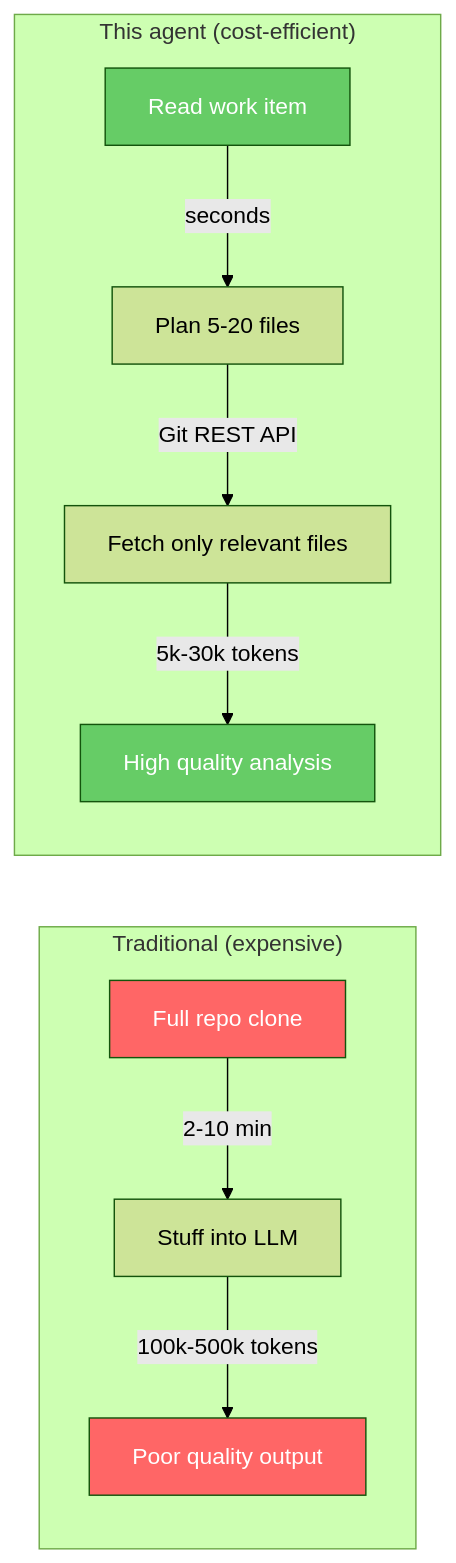
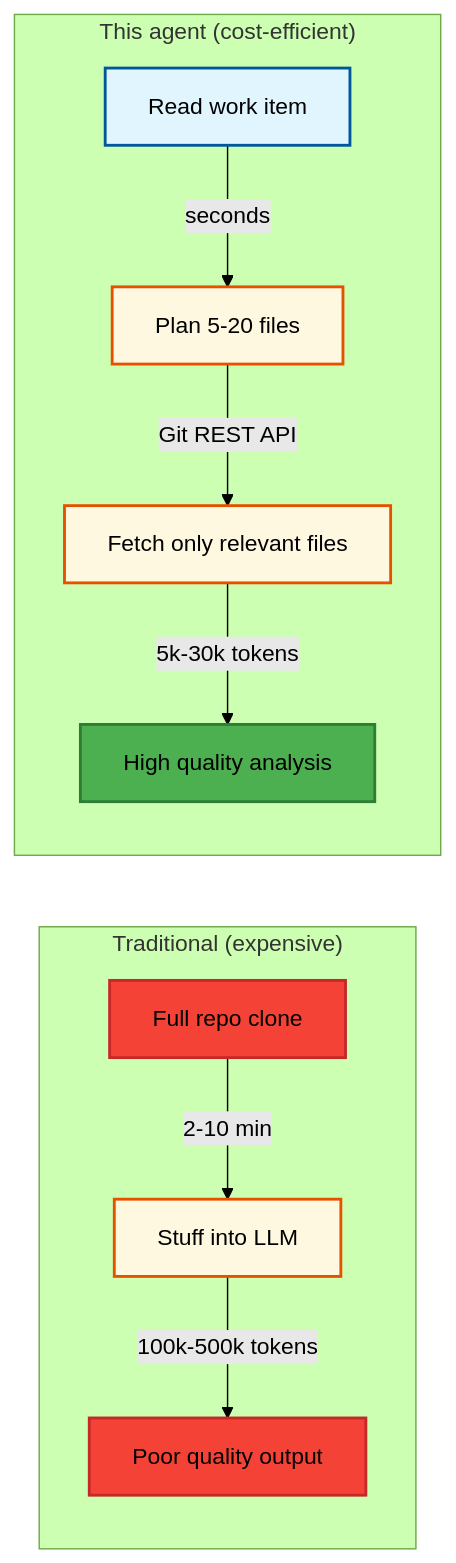
Before and after one commit to victorvos/devops_agent: the first of 9 diagrams in README.md, drawn with Mermaid (forest theme). The commit also changed other lines of this file and 8 other files, not shown here.

First line of the commit message:
Apply team coding standards: Mermaid palette, test structure, workflow guidelines

````diff
--- a/README.md
+++ b/README.md
@@ -13,18 +24,22 @@
 ```mermaid
 graph LR
     subgraph "Traditional (expensive)"
         A[Full repo clone] -->|2-10 min| B[Stuff into LLM]
         B -->|100k-500k tokens| C[Poor quality output]
     end
 
     subgraph "This agent (cost-efficient)"
         D["Read work item"] -->|seconds| E["Plan 5-20 files"]
         E -->|Git REST API| F["Fetch only relevant files"]
         F -->|5k-30k tokens| G[High quality analysis]
     end
 
-    style A fill:#f66,color:#fff
-    style C fill:#f66,color:#fff
-    style D fill:#6c6,color:#fff
-    style G fill:#6c6,color:#fff
+    %% Styling
+    style A fill:#f44336,stroke:#c62828,stroke-width:2px,color:#white
+    style B fill:#fff8e1,stroke:#e65100,stroke-width:2px,color:#black
+    style C fill:#f44336,stroke:#c62828,stroke-width:2px,color:#white
+    style D fill:#e1f5fe,stroke:#01579b,stroke-width:2px,color:#black
+    style E fill:#fff8e1,stroke:#e65100,stroke-width:2px,color:#black
+    style F fill:#fff8e1,stroke:#e65100,stroke-width:2px,color:#black
+    style G fill:#4caf50,stroke:#2e7d32,stroke-width:2px,color:#white
 ```
````
